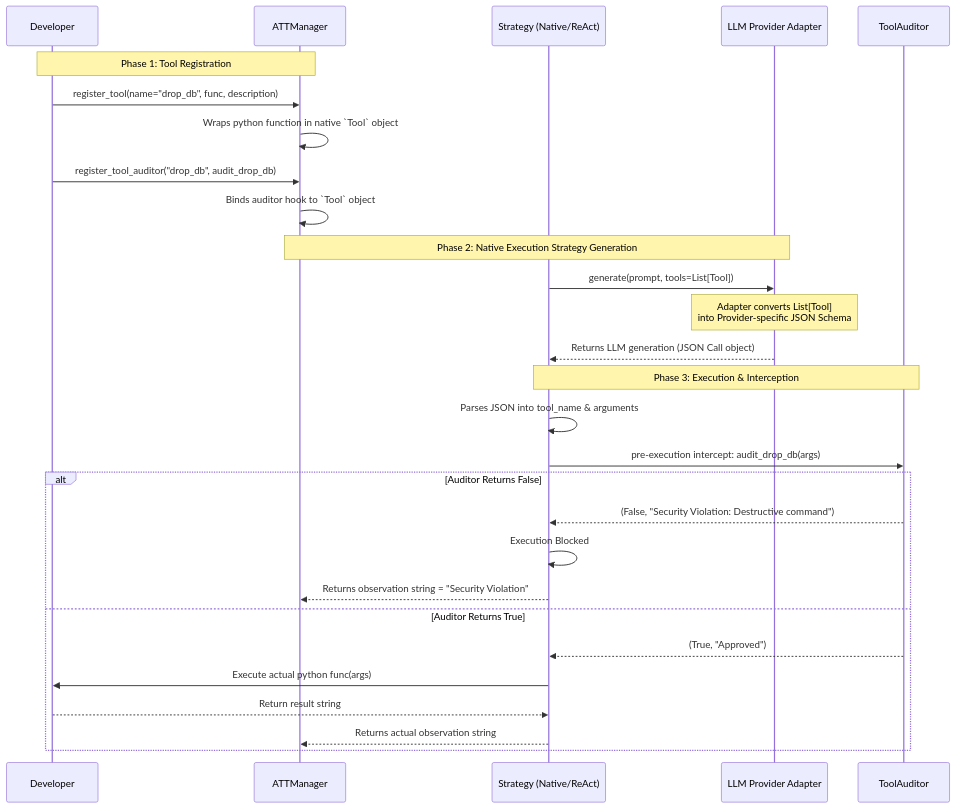
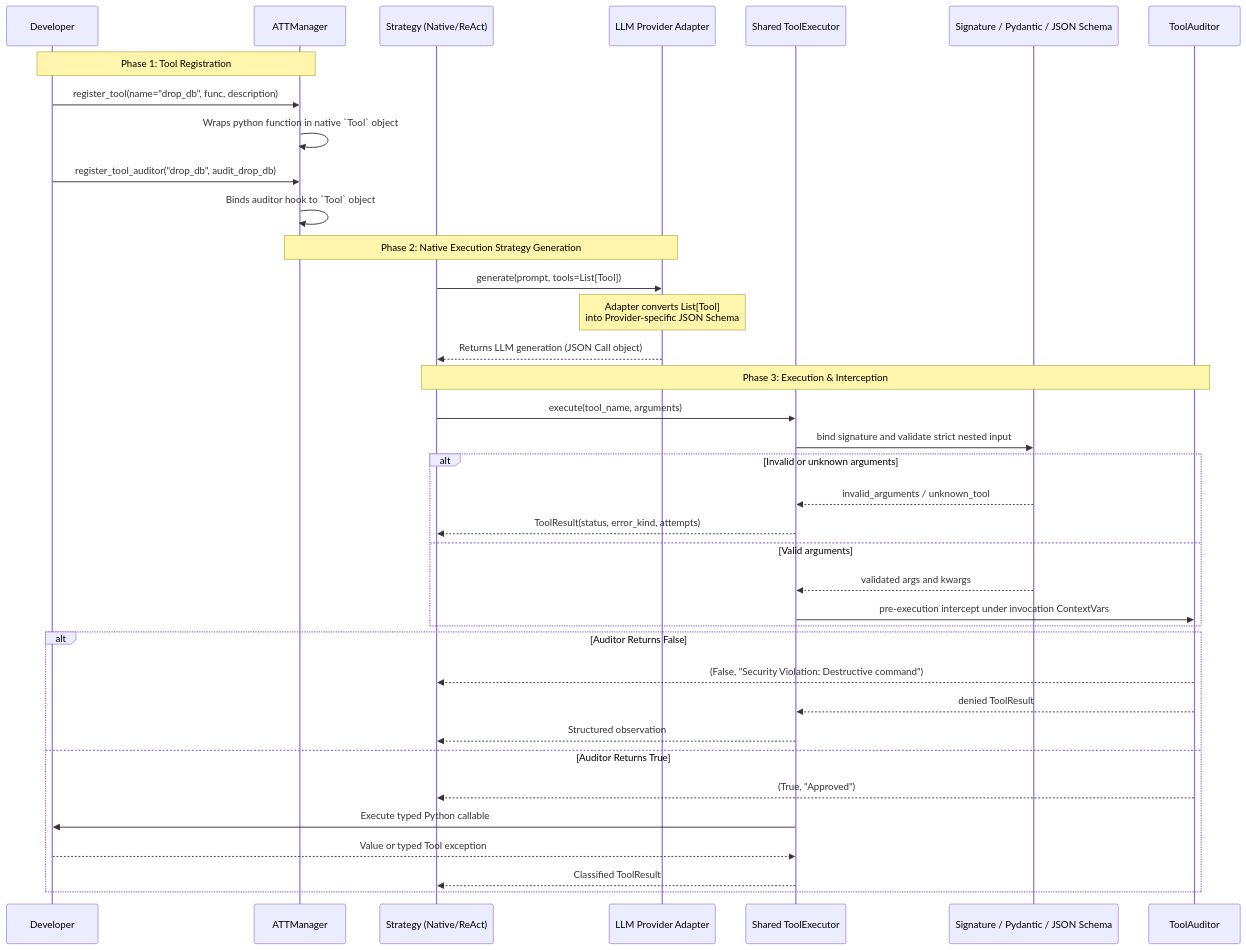
Before and after one commit to AI-Team-Team/AI-Team-Team: the second of 4 diagrams in docs/flowcharts/Tooling_and_Execution.md, drawn with Mermaid. The commit also changed other lines of this file and 38 other files, not shown here.

First line of the commit message:
feat(tooling): harden tool execution and isolate member failures

````diff
--- a/docs/flowcharts/Tooling_and_Execution.md
+++ b/docs/flowcharts/Tooling_and_Execution.md
@@ -47,40 +47,49 @@
 ```mermaid
 sequenceDiagram
     participant Dev as Developer
     participant Manager as ATTManager
     participant Strategy as Strategy (Native/ReAct)
     participant LLM as LLM Provider Adapter
+    participant Executor as Shared ToolExecutor
+    participant Validator as Signature / Pydantic / JSON Schema
     participant Auditor as ToolAuditor
     
     %% Phase 1: Registration
     Note over Dev,Manager: Phase 1: Tool Registration
     Dev->>Manager: register_tool(name="drop_db", func, description)
     Manager->>Manager: Wraps python function in native `Tool` object
     
     Dev->>Manager: register_tool_auditor("drop_db", audit_drop_db)
     Manager->>Manager: Binds auditor hook to `Tool` object
     
     %% Phase 2: Generation
     Note over Manager,LLM: Phase 2: Native Execution Strategy Generation
     Strategy->>LLM: generate(prompt, tools=List[Tool])
     
     Note over LLM: Adapter converts List[Tool]<br/>into Provider-specific JSON Schema
     LLM-->>Strategy: Returns LLM generation (JSON Call object)
     
     %% Phase 3: Execution & Audit
     Note over Strategy,Auditor: Phase 3: Execution & Interception
-    Strategy->>Strategy: Parses JSON into tool_name & arguments
-    
-    Strategy->>Auditor: pre-execution intercept: audit_drop_db(args)
+    Strategy->>Executor: execute(tool_name, arguments)
+    Executor->>Validator: bind signature and validate strict nested input
+
+    alt Invalid or unknown arguments
+        Validator-->>Executor: invalid_arguments / unknown_tool
+        Executor-->>Strategy: ToolResult(status, error_kind, attempts)
+    else Valid arguments
+        Validator-->>Executor: validated args and kwargs
+        Executor->>Auditor: pre-execution intercept under invocation ContextVars
+    end
     
     alt Auditor Returns False
         Auditor-->>Strategy: (False, "Security Violation: Destructive command")
-        Strategy->>Strategy: Execution Blocked
-        Strategy-->>Manager: Returns observation string = "Security Violation"
+        Auditor-->>Executor: denied ToolResult
+        Executor-->>Strategy: Structured observation
     else Auditor Returns True
         Auditor-->>Strategy: (True, "Approved")
-        Strategy->>Dev: Execute actual python func(args)
-        Dev-->>Strategy: Return result string
-        Strategy-->>Manager: Returns actual observation string
+        Executor->>Dev: Execute typed Python callable
+        Dev-->>Executor: Value or typed Tool exception
+        Executor-->>Strategy: Classified ToolResult
     end
 ```
````
